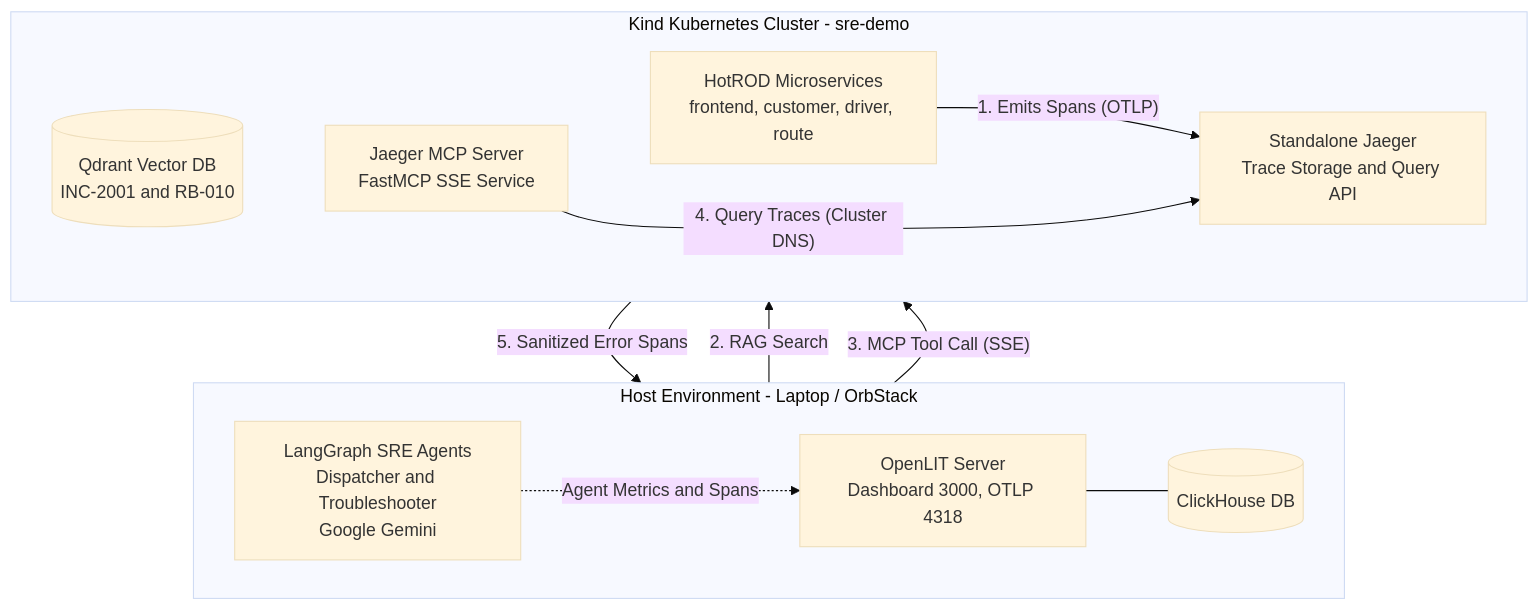
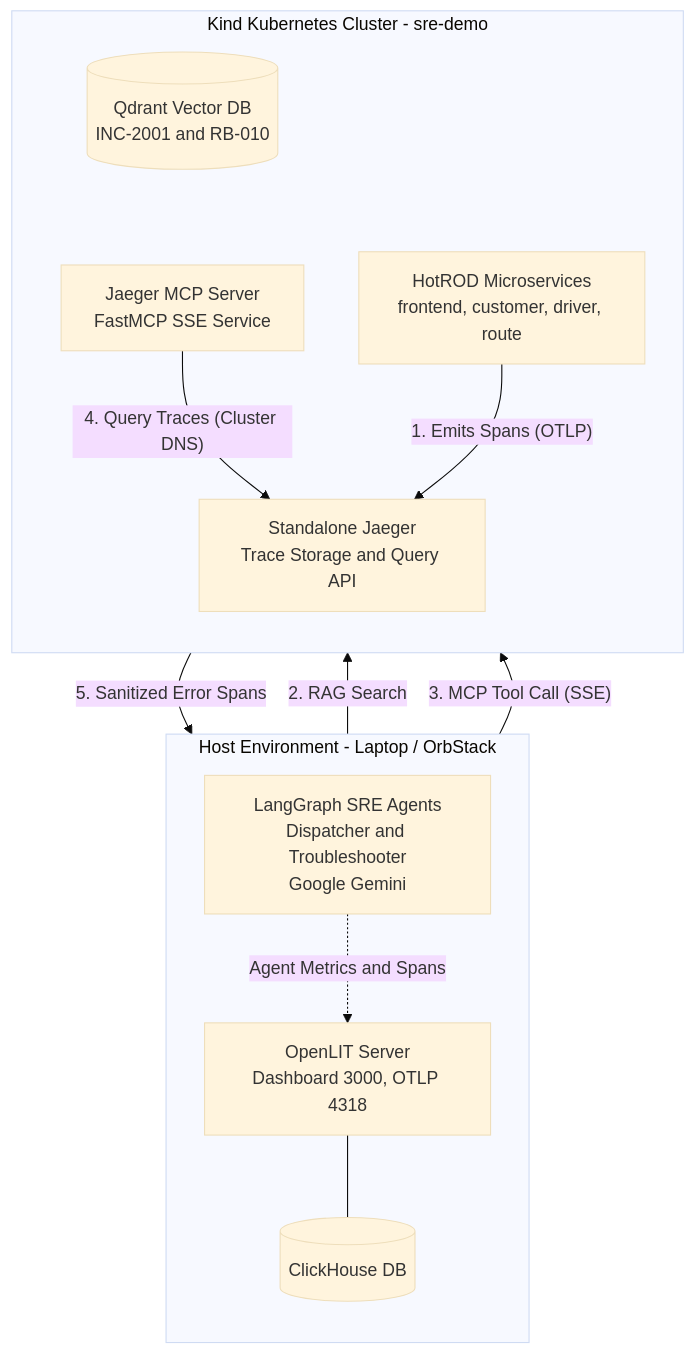
Before and after one commit to hbill75/observe-sre-triage-agent: the diagram in README.md, drawn with Mermaid (base theme).

Commit message:
docs: Diagram fix 8

````diff
--- a/README.md
+++ b/README.md
@@ -9,29 +9,28 @@
 ```mermaid
 flowchart TD
-    subgraph Host_Environment["Host Environment - Laptop / OrbStack"]
-        direction LR
+    subgraph Host_Environment [Host Environment - Laptop / OrbStack]
+        direction TB
         AG["LangGraph SRE Agents<br>Dispatcher and Troubleshooter<br>Google Gemini"]
         OL["OpenLIT Server<br>Dashboard 3000, OTLP 4318"]
         CH[("ClickHouse DB")]
 
         AG -. "Agent Metrics and Spans" .-> OL
         OL --- CH
     end
 
-    subgraph K8s_Cluster["Kind Kubernetes Cluster - sre-demo"]
-        direction LR
+    subgraph K8s_Cluster [Kind Kubernetes Cluster - sre-demo]
+        direction TB
         QD[("Qdrant Vector DB<br>INC-2001 and RB-010")]
         MCP["Jaeger MCP Server<br>FastMCP SSE Service"]
+        JG["Standalone Jaeger<br>Trace Storage and Query API"]
         HR["HotROD Microservices<br>frontend, customer, driver, route"]
-        JG["Standalone Jaeger<br>Trace Storage and Query API"]
 
         QD ~~~ MCP
-        MCP ~~~ HR
+        MCP -->|"4. Query Traces (Cluster DNS)"| JG
         HR -->|"1. Emits Spans (OTLP)"| JG
-        MCP -->|"4. Query Traces (Cluster DNS)"| JG
     end
 
     AG -->|"2. RAG Search"| QD
     AG -->|"3. MCP Tool Call (SSE)"| MCP
     MCP -->|"5. Sanitized Error Spans"| AG
 ```
````
